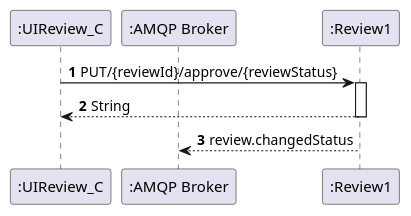
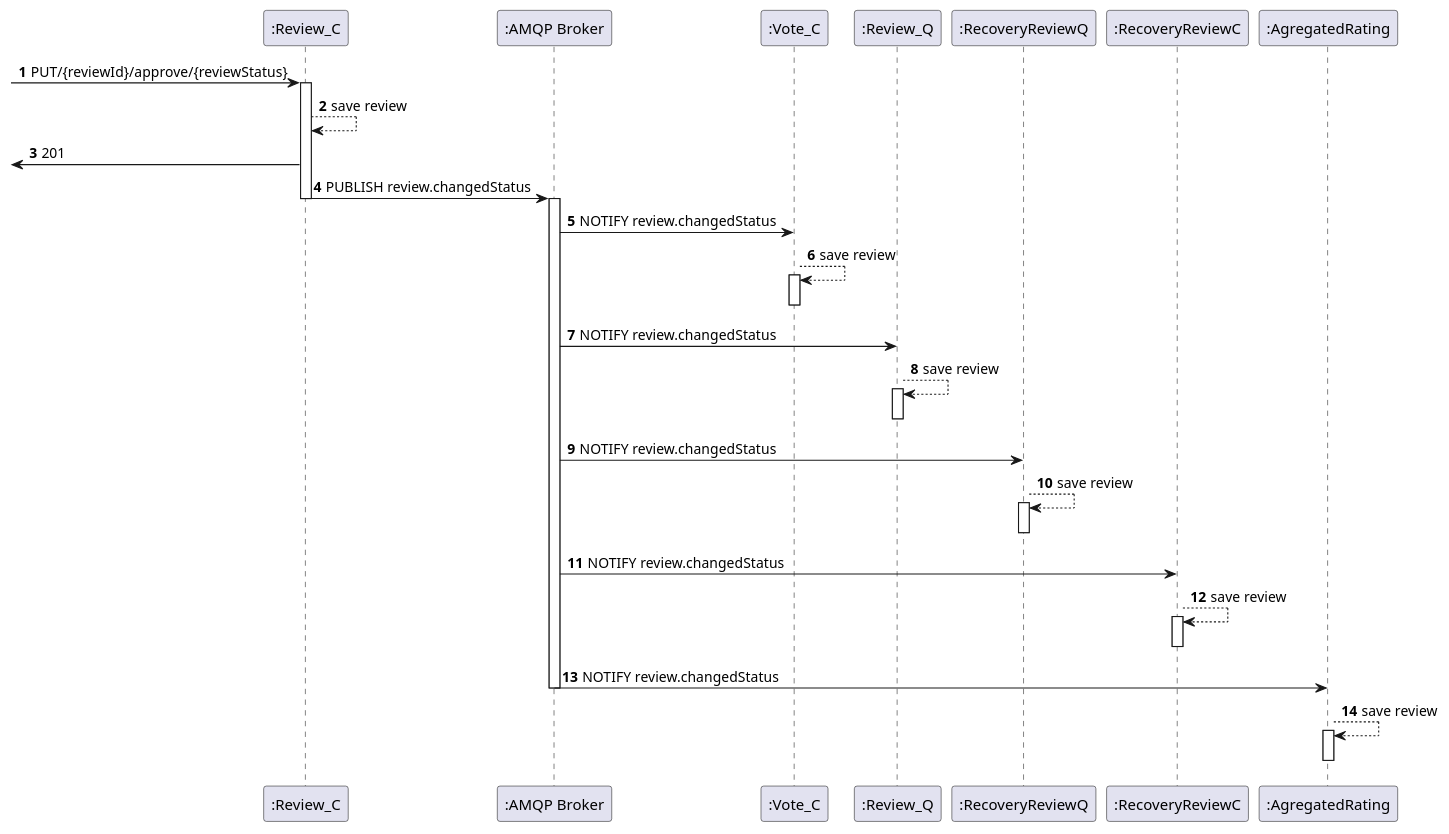
Before and after one commit to 1201441BrunoPereira/Trabalho2Reviews: the diagram in Review1_C/Documentação/Nivel 2/PUT.puml, drawn with PlantUML. The commit also changed 29 other files, not shown here.

Commit message:
Diagramas Trabalho 3

```diff
--- a/Review1_C/Documentação/Nivel 2/PUT.puml
+++ b/Review1_C/Documentação/Nivel 2/PUT.puml
@@ -1,14 +1,46 @@
 @startuml
 'https://plantuml.com/sequence-diagram
 
-autoactivate on
+
 autonumber
 
-participant ":UIReview_C" as rev1
+participant ":Review_C" as rev1
 participant ":AMQP Broker" as bro
-participant ":Review1" as rev
+participant ":Vote_C" as votC
+participant ":Review_Q" as rev
+participant ":RecoveryReviewQ" as rrq
+participant ":RecoveryReviewC" as rrc
+participant ":AgregatedRating" as aggr
 
-rev1 -> rev: PUT/{reviewId}/approve/{reviewStatus}
-rev --> rev1: String
-rev --> bro: review.changedStatus
+
+-> rev1: PUT/{reviewId}/approve/{reviewStatus}
+activate rev1
+rev1 --> rev1 : save review
+[<- rev1: 201
+rev1 -> bro: PUBLISH review.changedStatus
+deactivate rev1
+activate bro
+bro -> votC: NOTIFY review.changedStatus
+votC --> votC: save review
+activate votC
+deactivate votC
+bro -> rev: NOTIFY review.changedStatus
+rev --> rev: save review
+activate rev
+deactivate rev
+bro -> rrq: NOTIFY review.changedStatus
+rrq --> rrq: save review
+activate rrq
+deactivate rrq
+bro -> rrc: NOTIFY review.changedStatus
+rrc --> rrc: save review
+activate rrc
+deactivate rrc
+bro -> aggr: NOTIFY review.changedStatus
+deactivate bro
+aggr --> aggr: save review
+activate aggr
+deactivate aggr
+
+
 @enduml
```
